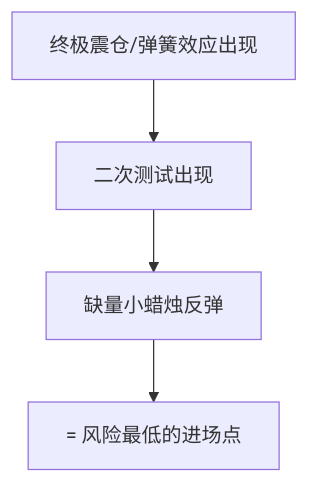
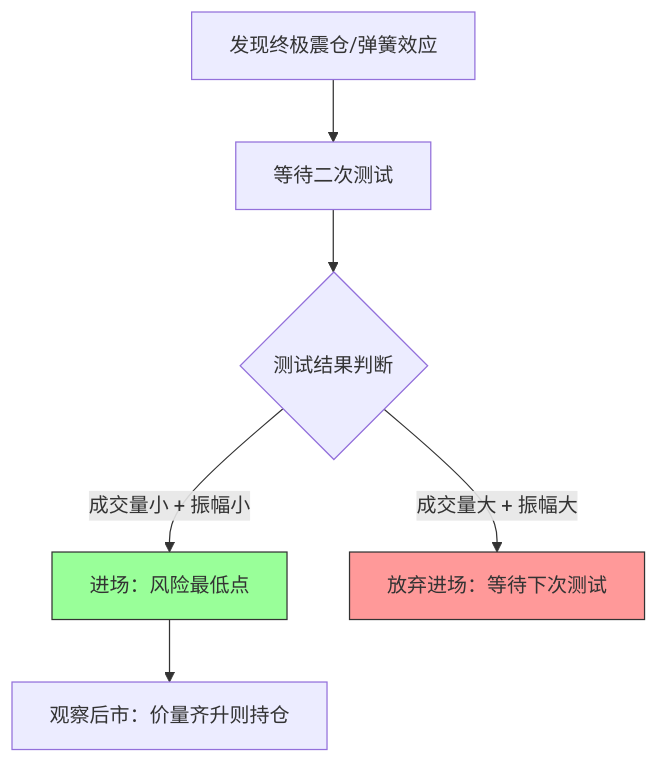
Before and after one commit to bigzhu/Wyckoff: the second of 2 diagrams in docs/第二章_怎么知道主力机构开始接盘了/第四节_吸筹的第三阶段.md, drawn with Mermaid. The commit also changed other lines of this file and 6 other files, not shown here.

Commit message:
docs: complete mermaid optimizations for Ch2 and enhance logical visualizations

````diff
--- a/docs/第二章_怎么知道主力机构开始接盘了/第四节_吸筹的第三阶段.md
+++ b/docs/第二章_怎么知道主力机构开始接盘了/第四节_吸筹的第三阶段.md
@@ -97,6 +104,10 @@
 ```mermaid
 graph TD
-    A[终极震仓/弹簧效应出现] --> B[二次测试出现]
-    B --> C[缺量小蜡烛反弹]
-    C --> D[= 风险最低的进场点]
+    A[发现终极震仓/弹簧效应] --> B[等待二次测试]
+    B --> C{测试结果判断}
+    C -- "成交量小 + 振幅小" --> D[进场：风险最低点]
+    C -- "成交量大 + 振幅大" --> E[放弃进场：等待下次测试]
+    D --> F[观察后市：价量齐升则持仓]
+    style D fill:#9f9,stroke:#333
+    style E fill:#f99,stroke:#333
 ```
````
